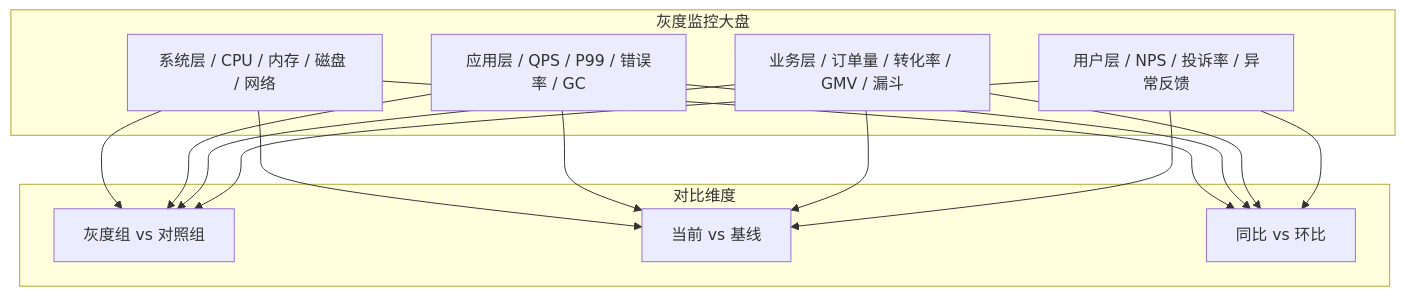
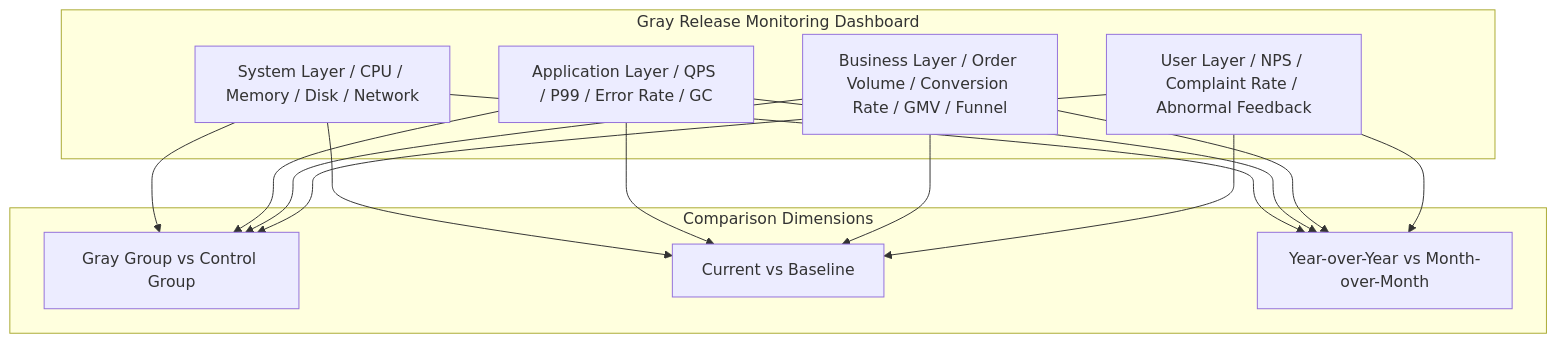
Before and after one commit to Kirky-X/cangjie: the seventh of 9 diagrams in templates/产品/交付层/【模板】灰度方案.md, drawn with Mermaid. The commit also changed other lines of this file and 60 other files, not shown here.

````diff
--- a/templates/产品/交付层/【模板】灰度方案.md
+++ b/templates/产品/交付层/【模板】灰度方案.md
@@ -343,28 +343,28 @@
 ```mermaid
 graph TB
-    subgraph "灰度监控大盘"
-        M1["系统层 / CPU / 内存 / 磁盘 / 网络"]
-        M2["应用层 / QPS / P99 / 错误率 / GC"]
-        M3["业务层 / 订单量 / 转化率 / GMV / 漏斗"]
-        M4["用户层 / NPS / 投诉率 / 异常反馈"]
+    subgraph "Gray Release Monitoring Dashboard"
+        M1["System Layer / CPU / Memory / Disk / Network"]
+        M2["Application Layer / QPS / P99 / Error Rate / GC"]
+        M3["Business Layer / Order Volume / Conversion Rate / GMV / Funnel"]
+        M4["User Layer / NPS / Complaint Rate / Abnormal Feedback"]
     end
 
-    subgraph "对比维度"
-        C1["灰度组 vs 对照组"]
-        C2["当前 vs 基线"]
-        C3["同比 vs 环比"]
+    subgraph "Comparison Dimensions"
+        C1["Gray Group vs Control Group"]
+        C2["Current vs Baseline"]
+        C3["Year-over-Year vs Month-over-Month"]
     end
 
     M1 --> C1
     M2 --> C1
     M3 --> C1
     M4 --> C1
     M1 --> C2
     M2 --> C2
     M3 --> C2
     M4 --> C2
     M1 --> C3
     M2 --> C3
     M3 --> C3
     M4 --> C3
 ```
````
